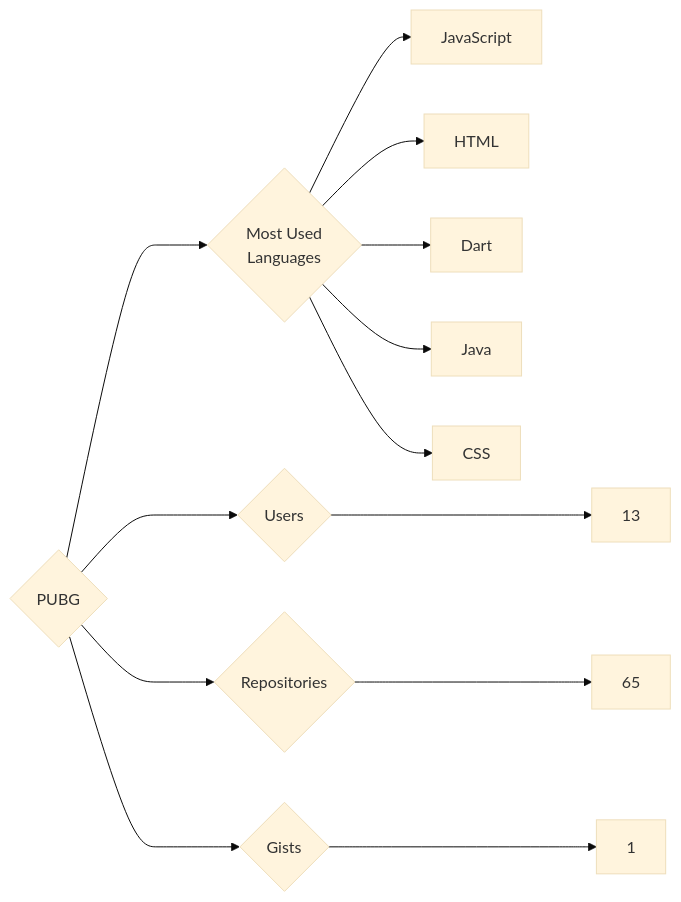
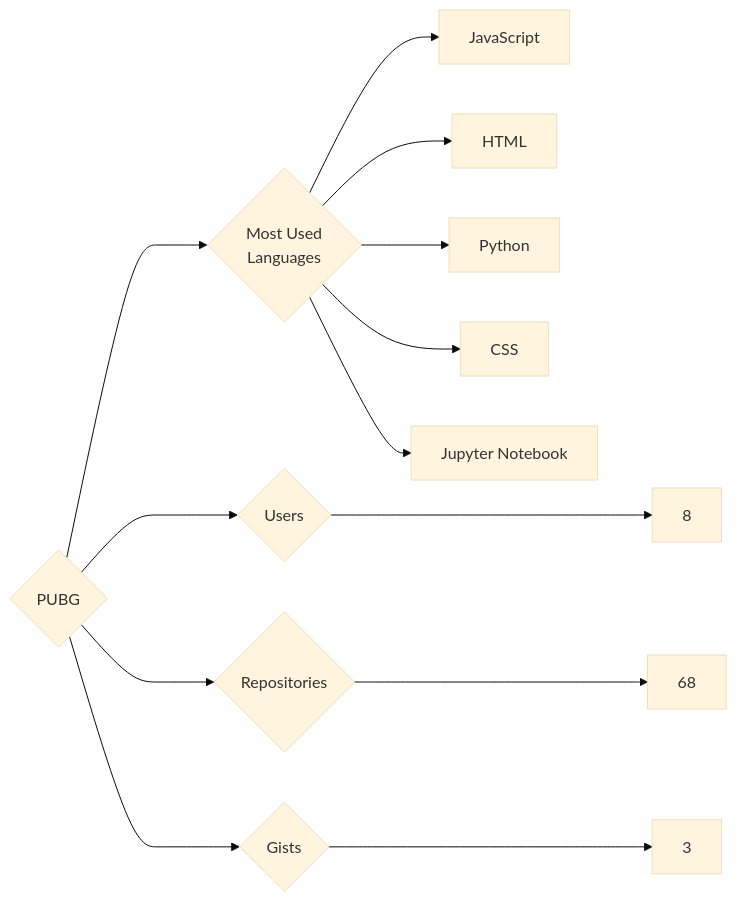
One commit to trickest/insiders changed the diagram in targets/PUBG/README.md. Above: the diagram before and after it, drawn with Mermaid (base theme). The commit also changed 851 other files, not shown here.

````diff
--- a/targets/PUBG/README.md
+++ b/targets/PUBG/README.md
@@ -3,13 +3,13 @@
 ```mermaid
 graph LR
 COMPANY_NAME{PUBG}
-COMPANY_NAME ---> U{Users} ---> UN[13]
-COMPANY_NAME ---> R{Repositories} ---> RN[65]
-COMPANY_NAME ---> G{Gists} ---> GN[1]
+COMPANY_NAME ---> U{Users} ---> UN[8]
+COMPANY_NAME ---> R{Repositories} ---> RN[68]
+COMPANY_NAME ---> G{Gists} ---> GN[3]
 COMPANY_NAME ---> ML{Most Used<br>Languages}
 ML --> JavaScript[JavaScript]
 ML --> HTML[HTML]
-ML --> Dart[Dart]
-ML --> Java[Java]
+ML --> Python[Python]
 ML --> CSS[CSS]
+ML --> Jupyter_Notebook[Jupyter Notebook]
 ```
````
